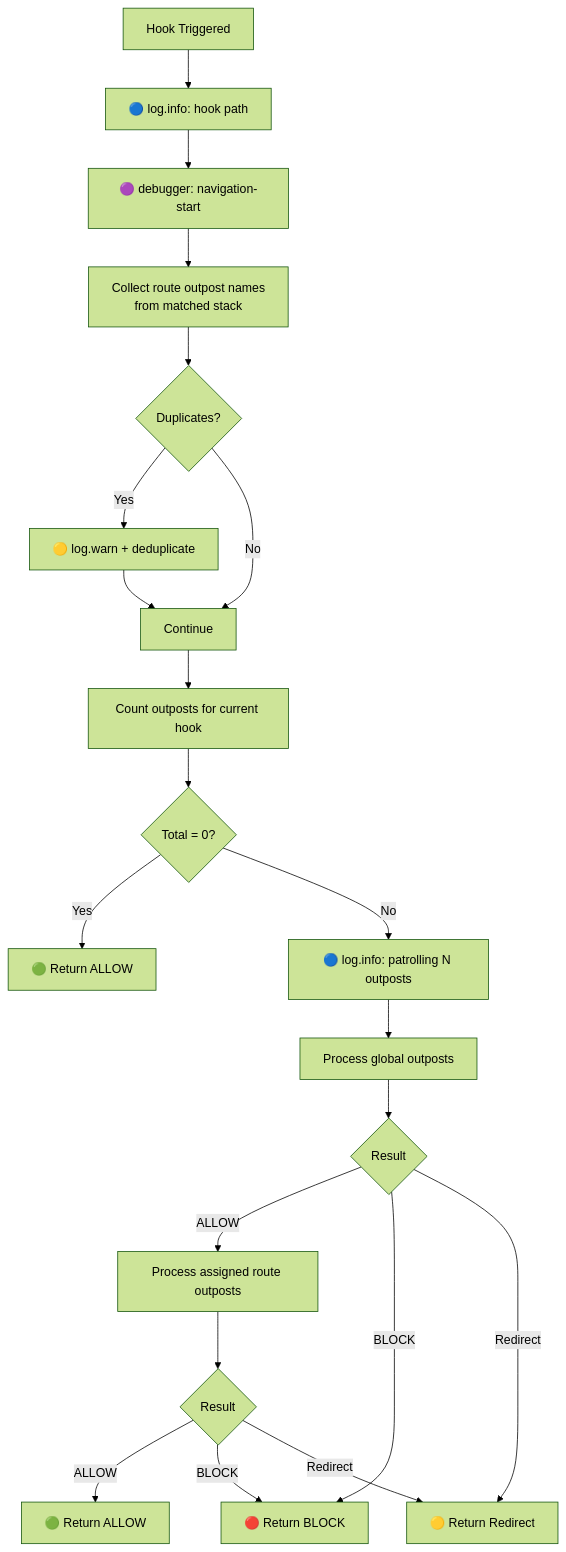
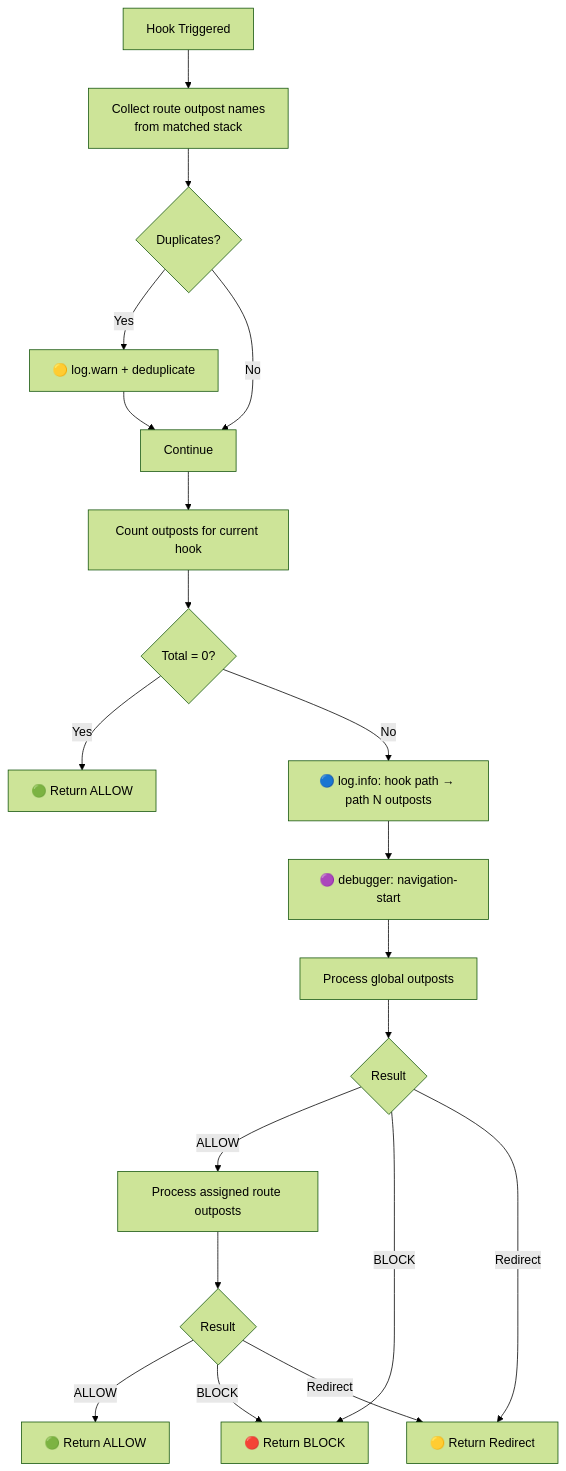
Before and after one commit to Kassaila/vue-router-citadel: the second of 9 diagrams in docs/internals.md, drawn with Mermaid (forest theme). The commit also changed other lines of this file, not shown here.

Commit message:
docs: log - update

````diff
--- a/docs/internals.md
+++ b/docs/internals.md
@@ -89,27 +89,26 @@
 ```mermaid
 flowchart TD
-    A[Hook Triggered] --> LOG1[🔵 log.info: hook path]
-    LOG1 --> DBG1[🟣 debugger: navigation-start]
-    DBG1 --> B[Collect route outpost names<br/>from matched stack]
+    A[Hook Triggered] --> B[Collect route outpost names<br/>from matched stack]
     B --> C{Duplicates?}
     C -->|Yes| D[🟡 log.warn + deduplicate]
     C -->|No| E[Continue]
     D --> E
 
     E --> F[Count outposts for current hook]
     F --> G{Total = 0?}
     G -->|Yes| H[🟢 Return ALLOW]
-    G -->|No| LOG2[🔵 log.info: patrolling N outposts]
+    G -->|No| LOG1[🔵 log.info: hook path → path N outposts]
 
-    LOG2 --> I[Process global outposts]
+    LOG1 --> DBG1[🟣 debugger: navigation-start]
+    DBG1 --> I[Process global outposts]
 
     I --> J{Result}
     J -->|ALLOW| K[Process assigned route outposts]
     J -->|BLOCK| L[🔴 Return BLOCK]
     J -->|Redirect| M[🟡 Return Redirect]
 
     K --> N{Result}
     N -->|ALLOW| O[🟢 Return ALLOW]
     N -->|BLOCK| L
     N -->|Redirect| M
 ```
````
